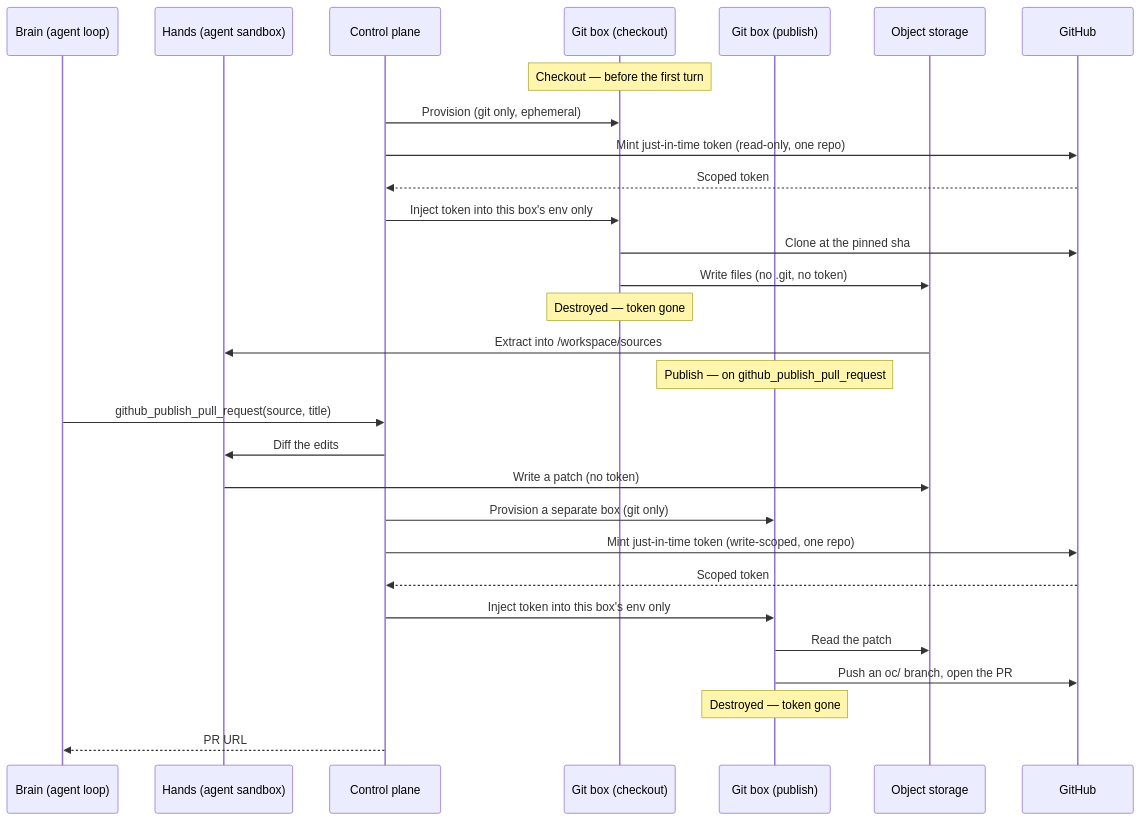
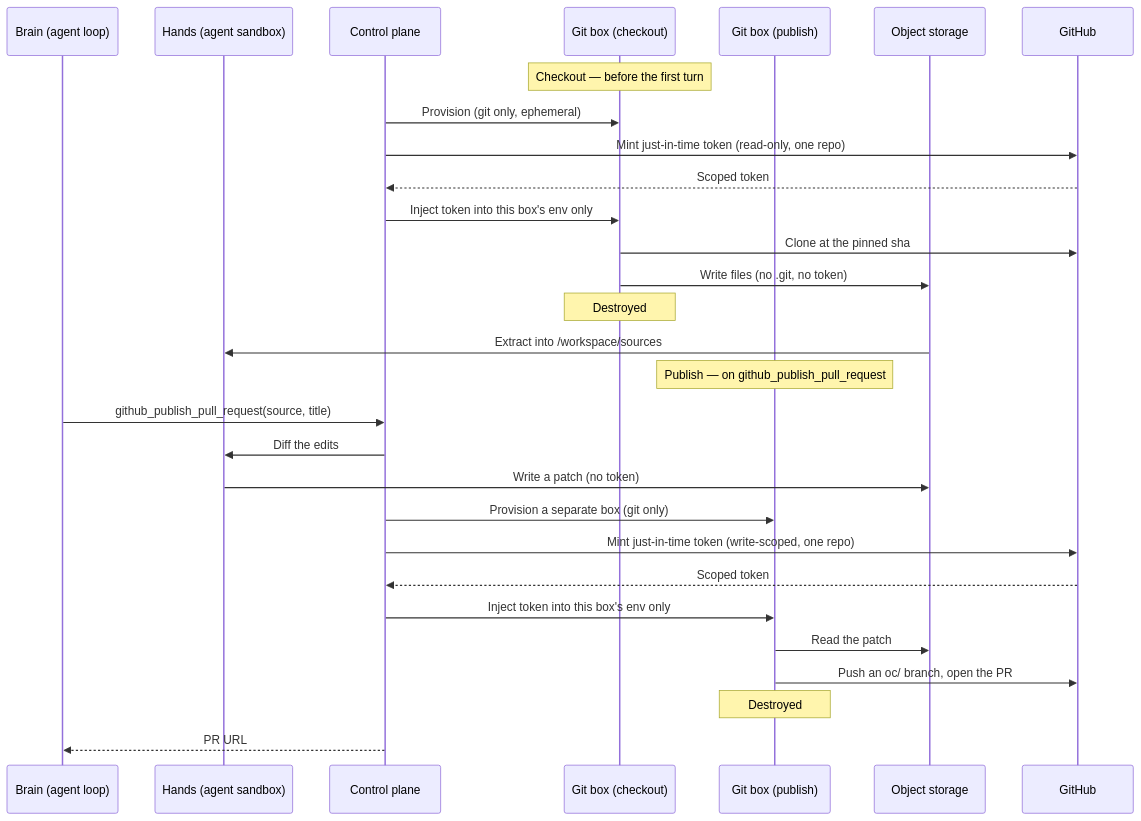
The diagram in docs/agent-sessions/repos.mdx (diggerhq/opencomputer), drawn with Mermaid before and after one commit.

Commit message:
docs(repos): drop 'token gone' flourish from diagram — just 'Destroyed'

````diff
--- a/docs/agent-sessions/repos.mdx
+++ b/docs/agent-sessions/repos.mdx
@@ -46,33 +46,33 @@
 ```mermaid
 sequenceDiagram
     participant Brain as Brain (agent loop)
     participant Hands as Hands (agent sandbox)
     participant CP as Control plane
     participant GitR as Git box (checkout)
     participant GitW as Git box (publish)
     participant Store as Object storage
     participant GH as GitHub
 
     Note over GitR: Checkout — before the first turn
     CP->>GitR: Provision (git only, ephemeral)
     CP->>GH: Mint just-in-time token (read-only, one repo)
     GH-->>CP: Scoped token
     CP->>GitR: Inject token into this box's env only
     GitR->>GH: Clone at the pinned sha
     GitR->>Store: Write files (no .git, no token)
-    Note over GitR: Destroyed — token gone
+    Note over GitR: Destroyed
     Store->>Hands: Extract into /workspace/sources
 
     Note over GitW: Publish — on github_publish_pull_request
     Brain->>CP: github_publish_pull_request(source, title)
     CP->>Hands: Diff the edits
     Hands->>Store: Write a patch (no token)
     CP->>GitW: Provision a separate box (git only)
     CP->>GH: Mint just-in-time token (write-scoped, one repo)
     GH-->>CP: Scoped token
     CP->>GitW: Inject token into this box's env only
     GitW->>Store: Read the patch
     GitW->>GH: Push an oc/ branch, open the PR
-    Note over GitW: Destroyed — token gone
+    Note over GitW: Destroyed
     CP-->>Brain: PR URL
 ```
````
